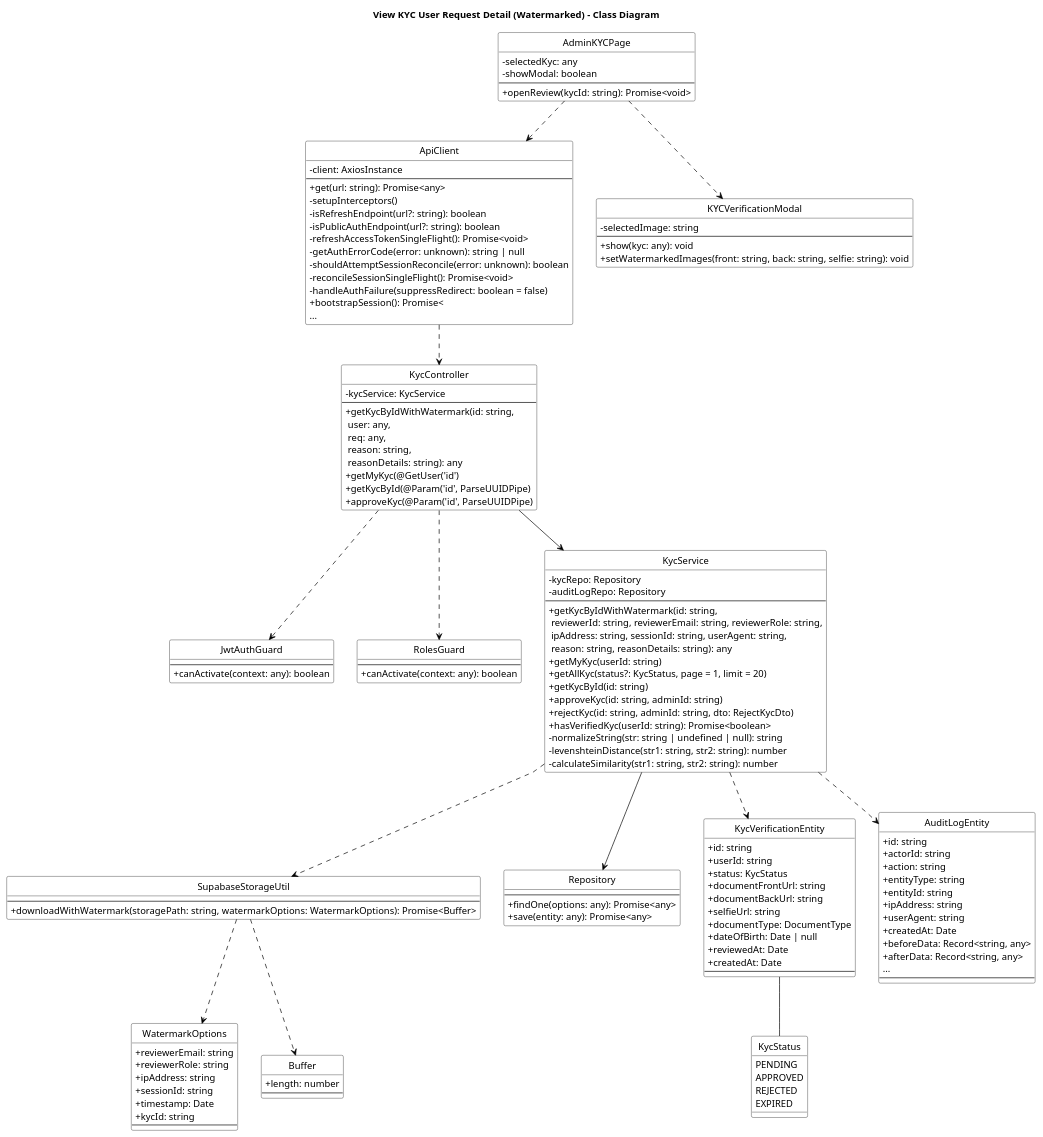
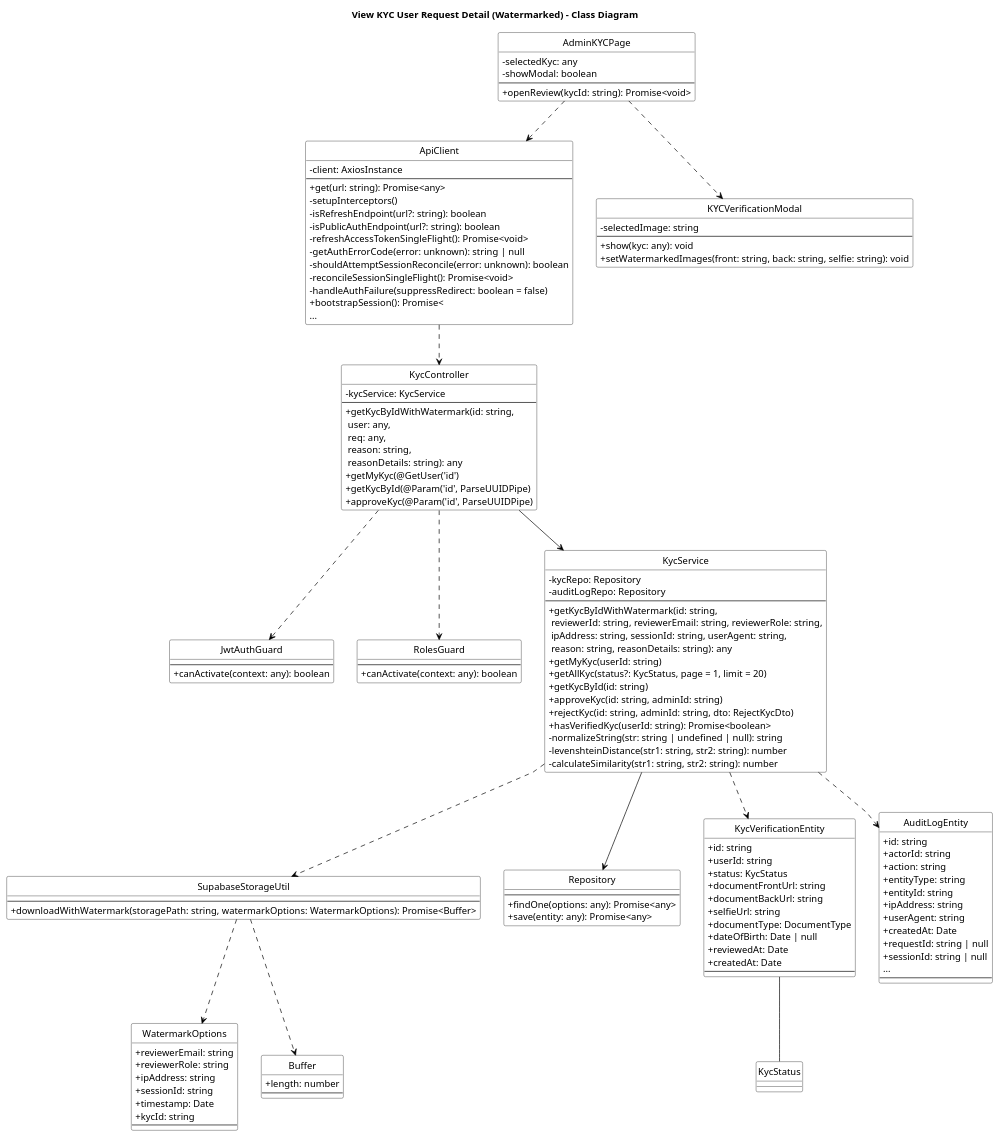
One commit to bangdcce/SEP492-Project changed the diagram in diagram/class_diagrams/view_kyc_user_request_detail_class_diagram_compact.puml. Above: the diagram before and after it, drawn with PlantUML. The commit also changed 40 other files, not shown here.

```diff
--- a/diagram/class_diagrams/view_kyc_user_request_detail_class_diagram_compact.puml
+++ b/diagram/class_diagrams/view_kyc_user_request_detail_class_diagram_compact.puml
@@ -1,159 +1,153 @@
 @startuml View_KYC_User_Request_Detail_Class_Diagram
 title View KYC User Request Detail (Watermarked) - Class Diagram
 skinparam backgroundColor white
 skinparam monochrome true
 skinparam defaultFontColor black
 skinparam ArrowColor black
 skinparam classBorderColor black
 skinparam classFontColor black
 skinparam classBackgroundColor white
 skinparam stereotypeFontColor black
 skinparam linetype polyline
 skinparam classAttributeIconSize 0
 hide circle
 
 skinparam classHeaderBackgroundColor white
 skinparam classHeaderFontColor black
 
 class ApiClient {
     - client: AxiosInstance
     --
     + get(url: string): Promise<any>
     - setupInterceptors()
     - isRefreshEndpoint(url?: string): boolean
     - isPublicAuthEndpoint(url?: string): boolean
     - refreshAccessTokenSingleFlight(): Promise<void>
     - getAuthErrorCode(error: unknown): string | null
     - shouldAttemptSessionReconcile(error: unknown): boolean
     - reconcileSessionSingleFlight(): Promise<void>
     - handleAuthFailure(suppressRedirect: boolean = false)
     + bootstrapSession(): Promise<
     ...
 }
 
 class AdminKYCPage {
     - selectedKyc: any
     - showModal: boolean
     --
     + openReview(kycId: string): Promise<void>
 }
 
 class KYCVerificationModal {
     - selectedImage: string
     --
     + show(kyc: any): void
     + setWatermarkedImages(front: string, back: string, selfie: string): void
 }
 
 class JwtAuthGuard {
     --
     + canActivate(context: any): boolean
 }
 
 class RolesGuard {
     --
     + canActivate(context: any): boolean
 }
 
 class KycController {
     - kycService: KycService
     --
     + getKycByIdWithWatermark(id: string,\n user: any,\n req: any,\n reason: string,\n reasonDetails: string): any
     + getMyKyc(@GetUser('id')
     + getKycById(@Param('id', ParseUUIDPipe)
     + approveKyc(@Param('id', ParseUUIDPipe)
 }
 
 class KycService {
     - kycRepo: Repository
     - auditLogRepo: Repository
     --
     + getKycByIdWithWatermark(id: string,\n reviewerId: string, reviewerEmail: string, reviewerRole: string,\n ipAddress: string, sessionId: string, userAgent: string,\n reason: string, reasonDetails: string): any
     + getMyKyc(userId: string)
     + getAllKyc(status?: KycStatus, page = 1, limit = 20)
     + getKycById(id: string)
     + approveKyc(id: string, adminId: string)
     + rejectKyc(id: string, adminId: string, dto: RejectKycDto)
     + hasVerifiedKyc(userId: string): Promise<boolean>
     - normalizeString(str: string | undefined | null): string
     - levenshteinDistance(str1: string, str2: string): number
     - calculateSimilarity(str1: string, str2: string): number
 }
 
 class SupabaseStorageUtil {
     --
     + downloadWithWatermark(storagePath: string, watermarkOptions: WatermarkOptions): Promise<Buffer>
 }
 
 class WatermarkOptions {
     + reviewerEmail: string
     + reviewerRole: string
     + ipAddress: string
     + sessionId: string
     + timestamp: Date
     + kycId: string
     --
 }
 
 class Buffer {
     + length: number
     --
 }
 
 class Repository {
     --
     + findOne(options: any): Promise<any>
     + save(entity: any): Promise<any>
 }
 
 class KycVerificationEntity {
     + id: string
     + userId: string
     + status: KycStatus
     + documentFrontUrl: string
     + documentBackUrl: string
     + selfieUrl: string
     + documentType: DocumentType
     + dateOfBirth: Date | null
     + reviewedAt: Date
     + createdAt: Date
     --
 }
 
-enum KycStatus {
-    PENDING
-    APPROVED
-    REJECTED
-    EXPIRED
-}
 
 class AuditLogEntity {
     + id: string
     + actorId: string
     + action: string
     + entityType: string
     + entityId: string
     + ipAddress: string
     + userAgent: string
     + createdAt: Date
-    + beforeData: Record<string, any>
-    + afterData: Record<string, any>
+    + requestId: string | null
+    + sessionId: string | null
     ...
     --
 }
 
 AdminKYCPage ..> KYCVerificationModal
 AdminKYCPage ..> ApiClient
 ApiClient ..> KycController
 KycController ..> JwtAuthGuard
 KycController ..> RolesGuard
 KycController --> KycService
 KycService --> Repository
 KycService ..> SupabaseStorageUtil
 SupabaseStorageUtil ..> Buffer
 SupabaseStorageUtil ..> WatermarkOptions
 KycService ..> KycVerificationEntity
 KycService ..> AuditLogEntity
 KycVerificationEntity -- KycStatus
 
 @enduml
```
